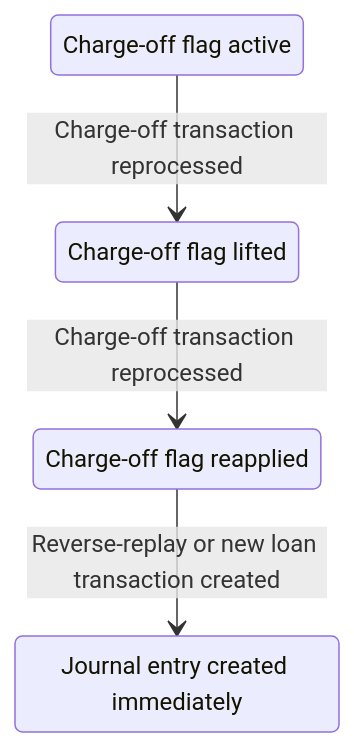
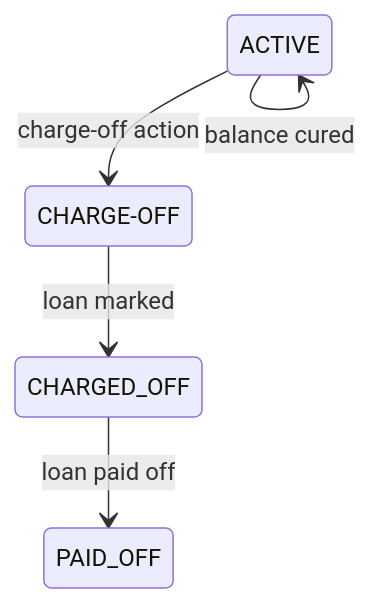
One commit to Mohit-Davar/pepper-soup changed the diagram in docs/confluence/user/recovery/charge-off.md. Above: the diagram before and after it, drawn with Mermaid. The commit also changed other lines of this file and 1071 other files, not shown here.

````diff
--- a/docs/confluence/user/recovery/charge-off.md
+++ b/docs/confluence/user/recovery/charge-off.md
@@ -330,10 +215,11 @@
 ```mermaid
 stateDiagram-v2
-  state "Charge-off flag active" as n1
-  state "Charge-off flag lifted" as n2
-  state "Charge-off flag reapplied" as n3
-  state "Journal entry created immediately" as n4
-  n1 --> n2 : Charge-off transaction reprocessed
-  n2 --> n3 : Charge-off transaction reprocessed
-  n3 --> n4 : Reverse-replay or new loan transaction created
+  state "ACTIVE" as n1
+  state "CHARGE-OFF" as n2
+  state "CHARGED_OFF" as n3
+  state "PAID_OFF" as n4
+  n1 --> n2 : charge-off action
+  n2 --> n3 : loan marked
+  n3 --> n4 : loan paid off
+  n1 --> n1 : balance cured
 ```
````
